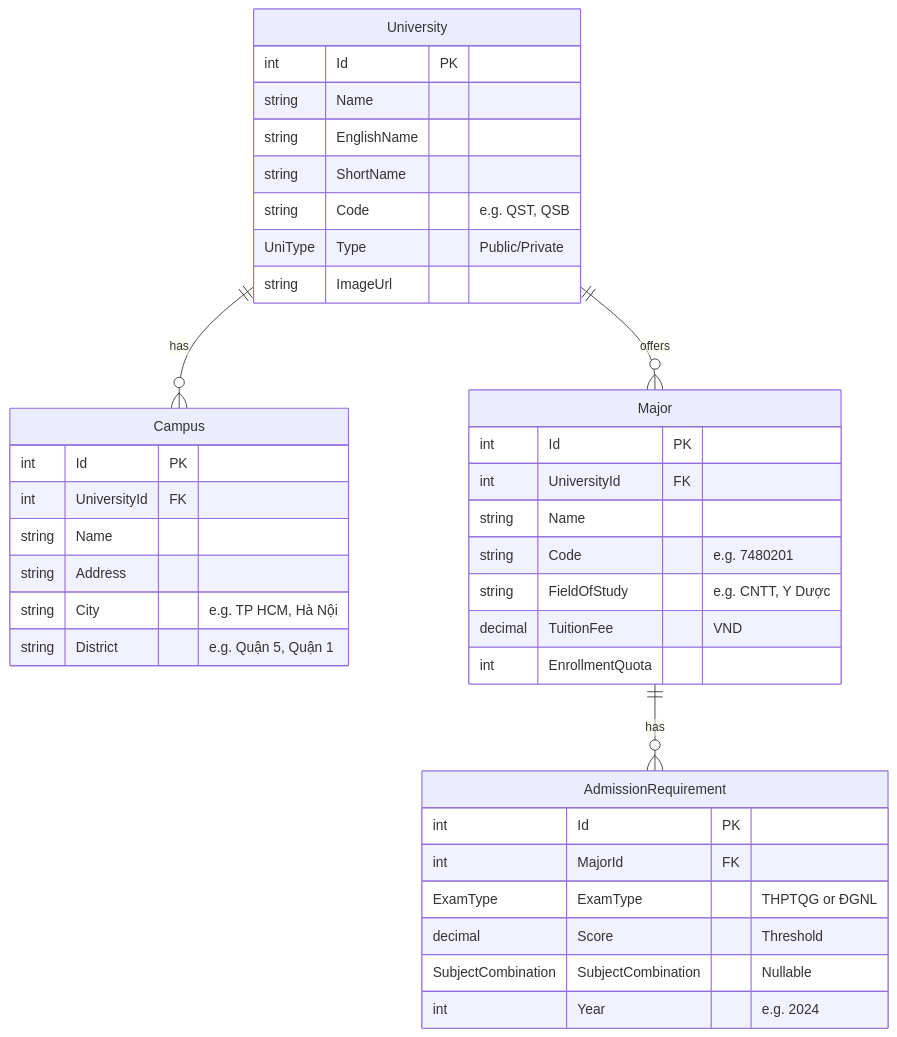
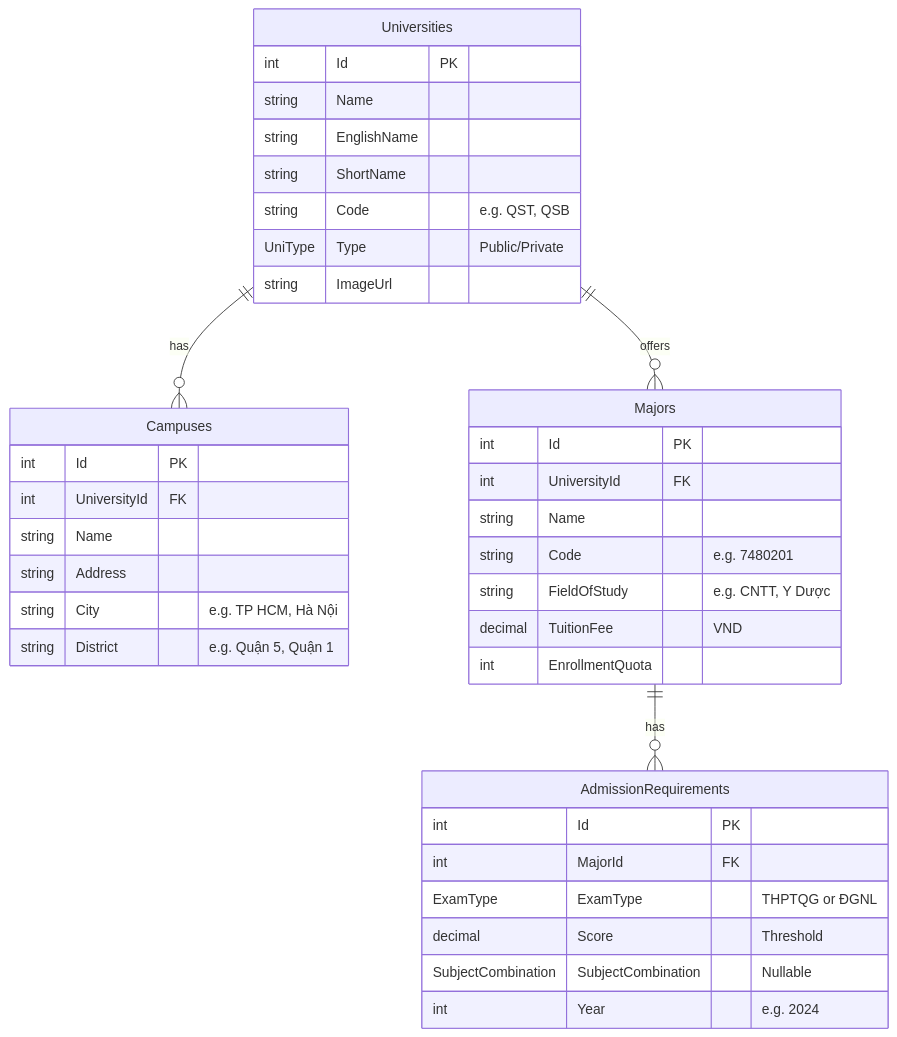
One commit to longhuynhdev/TimTruong changed the diagram in docs/ER-model.md. Above: the diagram before and after it, drawn with Mermaid. The commit also changed 10 other files, not shown here.

Commit message:
feat: Add etl process for Majors and AdmissionRequirements

````diff
--- a/docs/ER-model.md
+++ b/docs/ER-model.md
@@ -1,44 +1,44 @@
 ```mermaid
 erDiagram
-    University ||--o{ Campus : "has"
-    University ||--o{ Major : "offers"
-    Major ||--o{ AdmissionRequirement : "has"
+    Universities ||--o{ Campuses : "has"
+    Universities ||--o{ Majors : "offers"
+    Majors ||--o{ AdmissionRequirements : "has"
 
-    University {
+    Universities {
         int Id PK
         string Name
         string EnglishName
         string ShortName
         string Code "e.g. QST, QSB"
         UniType Type "Public/Private"
         string ImageUrl
     }
 
-    Campus {
+    Campuses {
         int Id PK
         int UniversityId FK
         string Name
         string Address
         string City "e.g. TP HCM, Hà Nội"
         string District "e.g. Quận 5, Quận 1"
     }
 
-    Major {
+    Majors {
         int Id PK
         int UniversityId FK
         string Name
         string Code "e.g. 7480201"
         string FieldOfStudy "e.g. CNTT, Y Dược"
         decimal TuitionFee "VND"
         int EnrollmentQuota
     }
 
-    AdmissionRequirement {
+    AdmissionRequirements {
         int Id PK
         int MajorId FK
         ExamType ExamType "THPTQG or ĐGNL"
         decimal Score "Threshold"
         SubjectCombination SubjectCombination "Nullable"
         int Year "e.g. 2024"
     }
 ```    
````
